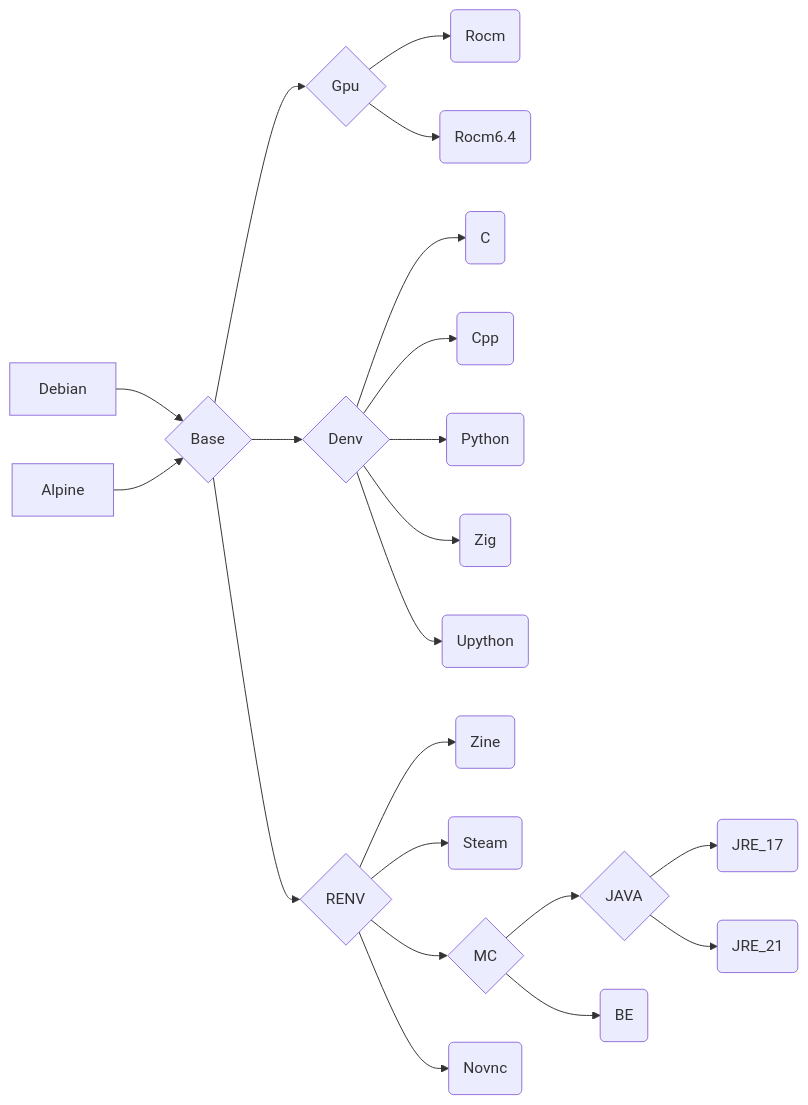
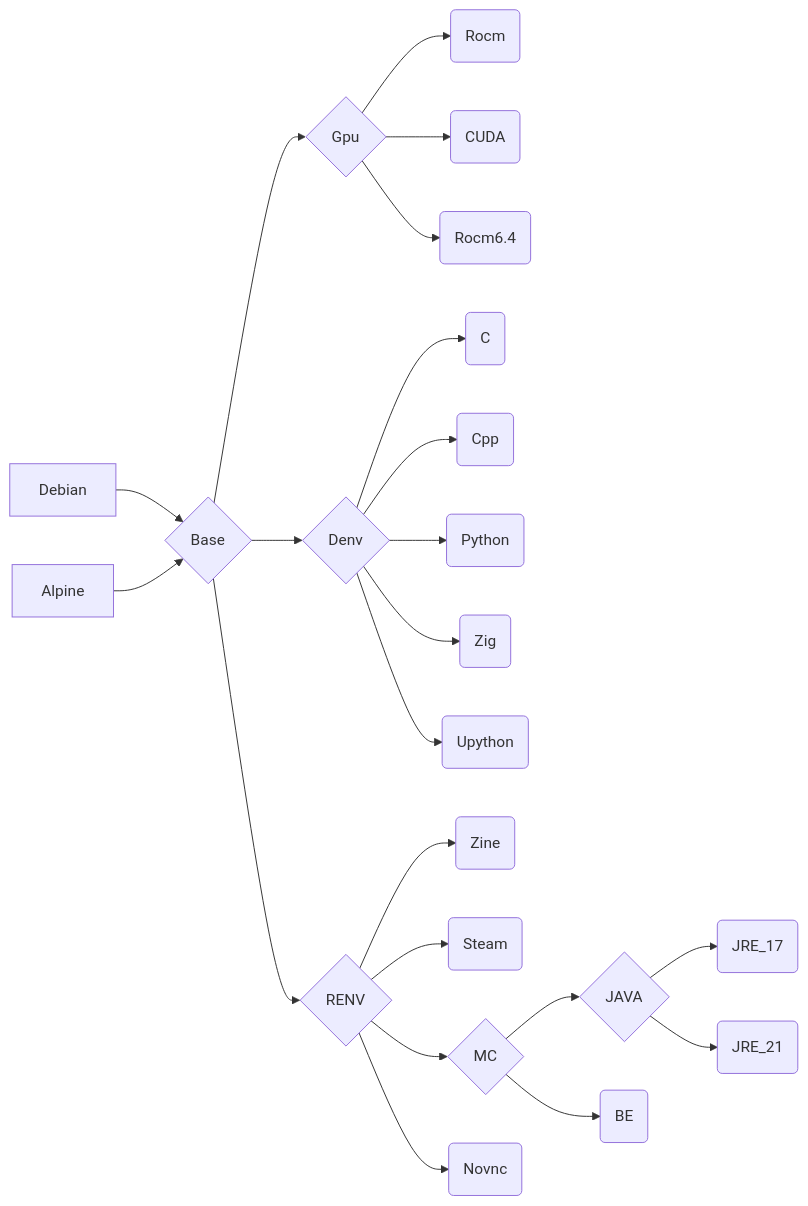
One commit to eoeair/cenv changed the diagram in README.md. Above: the diagram before and after it, drawn with Mermaid. The commit also changed other lines of this file and 7 other files, not shown here.

````diff
--- a/README.md
+++ b/README.md
@@ -57,25 +63,26 @@
 ```mermaid
 graph LR
 Debian-->B{Base}
 Alpine-->B
-
+ 
 B-->G{Gpu}-->GA(Rocm)
-G-->GB(Rocm6.4)
+G-->GB(CUDA)
+G-->GC(Rocm6.4)
 
 B-->D{Denv}
 D-->DA(C)
 D-->DB(Cpp)
 D-->DC(Python)
 D-->DD(Zig)
 D-->DE(Upython)
 
 B-->R{RENV}
 R-->RA(Zine)
 R-->RB(Steam)
 R-->RC{MC}
 RC-->RCA{JAVA}
 RC-->RCB(BE)
 RCA-->RCAA(JRE_17)
 RCA-->RCAB(JRE_21)
 R-->RD(Novnc)
 ```
````
